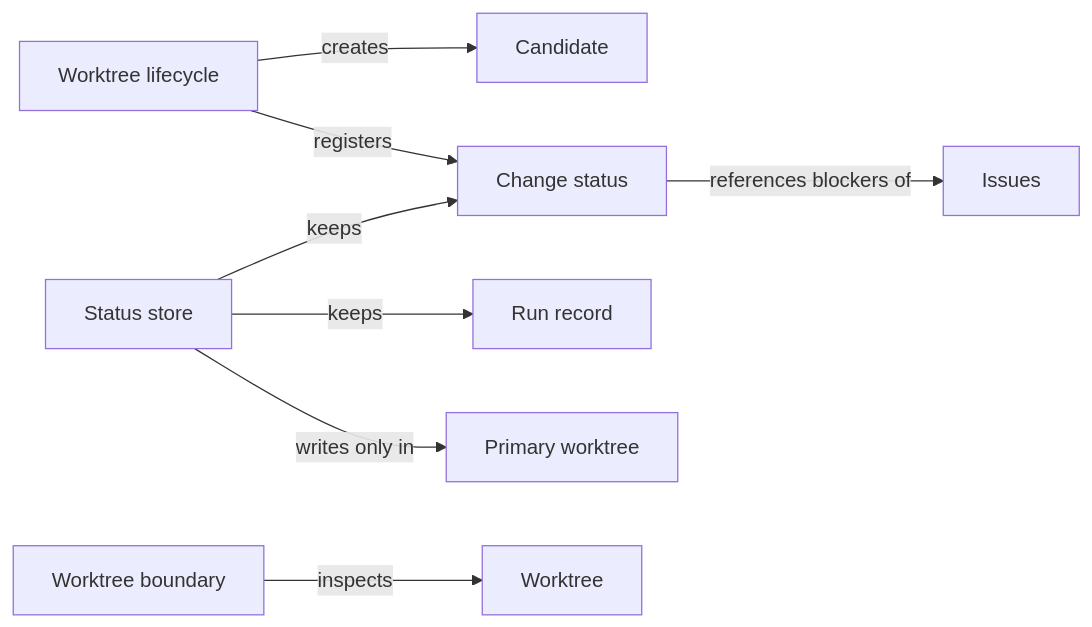
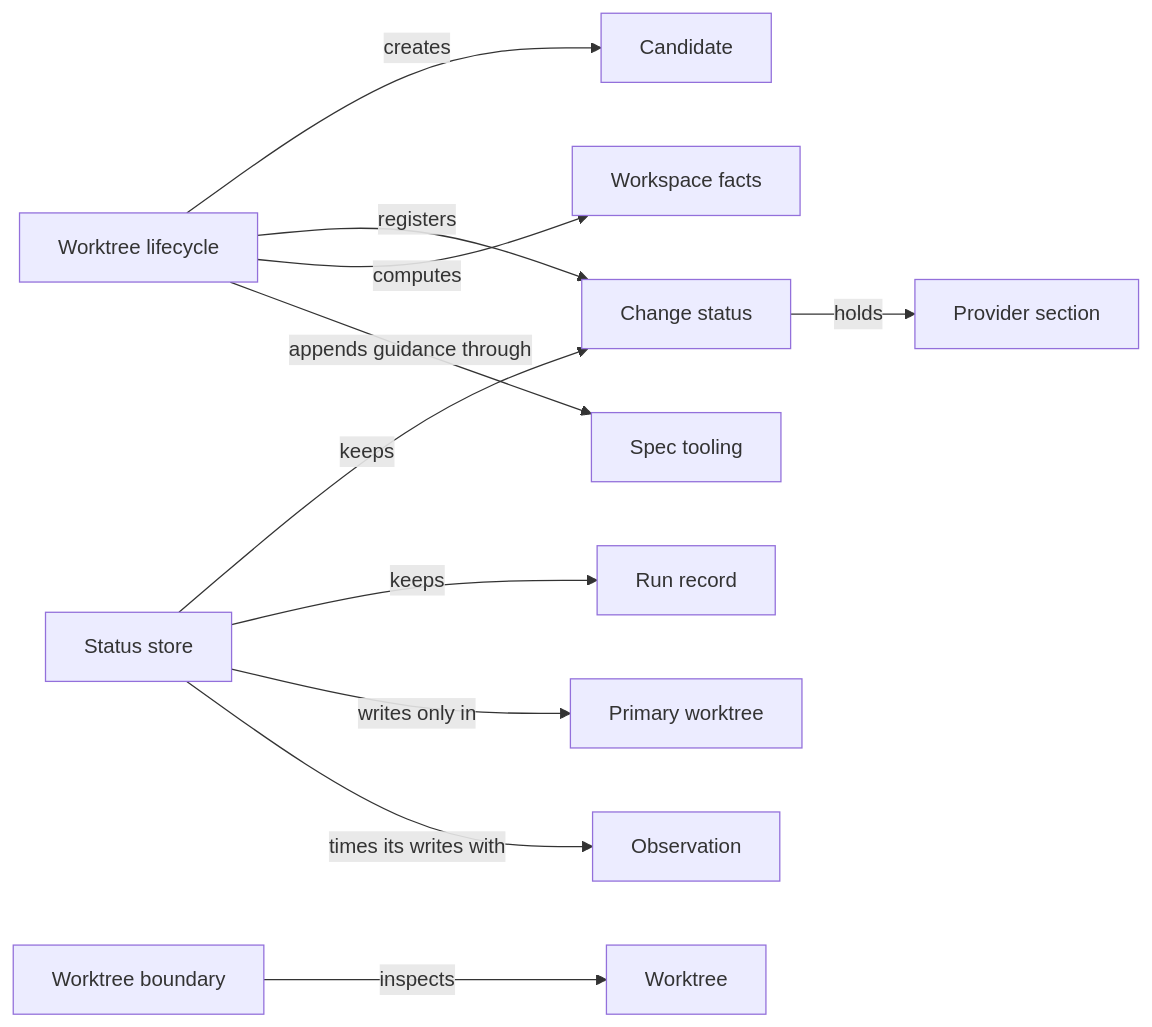
One commit to FTOD/concorde changed the diagram in specs/concorde/harness/worktrees/module.md. Above: the diagram before and after it, drawn with Mermaid. The commit also changed other lines of this file and 213 other files, not shown here.

First line of the commit message:
Rewrite Concorde's Specs for the layered architecture

````diff
--- a/specs/concorde/harness/worktrees/module.md
+++ b/specs/concorde/harness/worktrees/module.md
@@ -128,21 +185,27 @@
 ```mermaid
 flowchart LR
     accTitle: Candidate worktrees relationships
-    accDescr: The lifecycle creates candidates and registers change status; the status store keeps change status and run records; the boundary inspects worktrees.
+    accDescr: The lifecycle creates candidates, registers change status and computes workspace facts; the status store keeps change status, provider sections and run records in the primary; the boundary inspects worktrees.
     lifecycle[Worktree lifecycle]
     store[Status store]
     boundary[Worktree boundary]
     candidate[Candidate]
     status[Change status]
+    section[Provider section]
     run[Run record]
+    facts[Workspace facts]
     worktree[Worktree]
     primary[Primary worktree]
-    issues[Issues]
+    spec[Spec tooling]
+    observation[Observation]
     lifecycle -->|creates| candidate
     lifecycle -->|registers| status
+    lifecycle -->|computes| facts
+    lifecycle -->|appends guidance through| spec
     store -->|keeps| status
     store -->|keeps| run
     store -->|writes only in| primary
+    store -->|times its writes with| observation
+    status -->|holds| section
     boundary -->|inspects| worktree
-    status -->|references blockers of| issues
 ```
````
